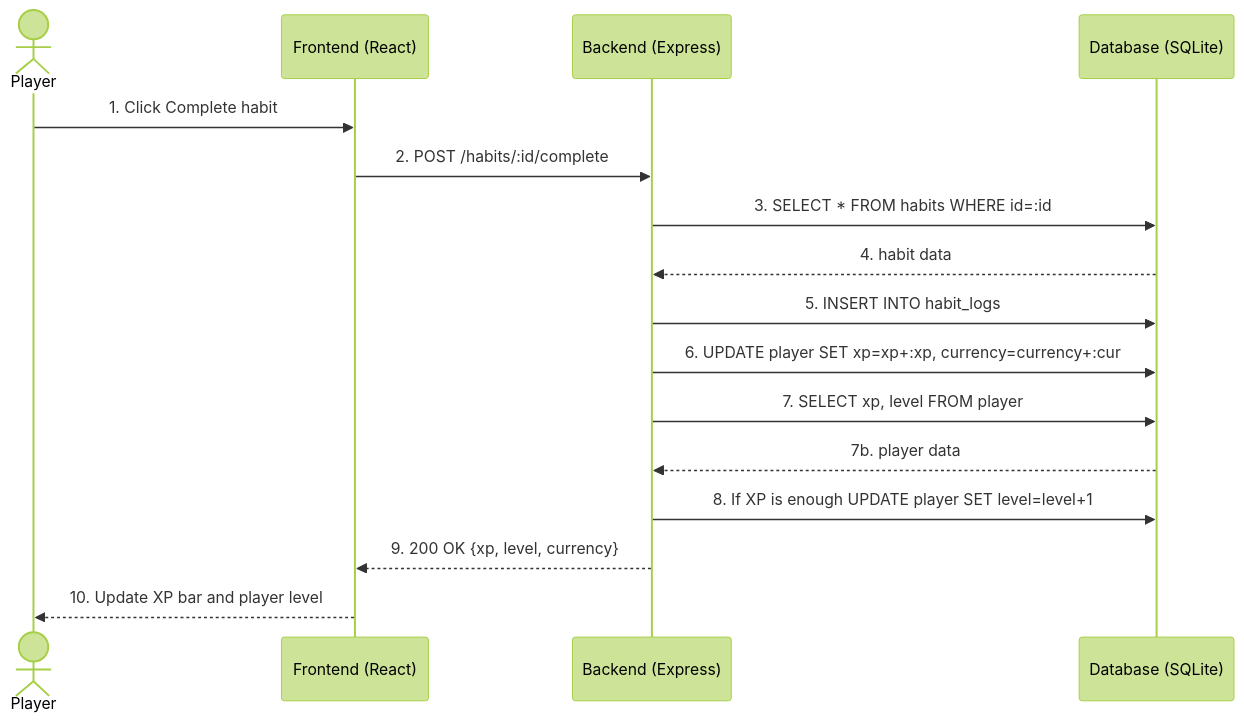
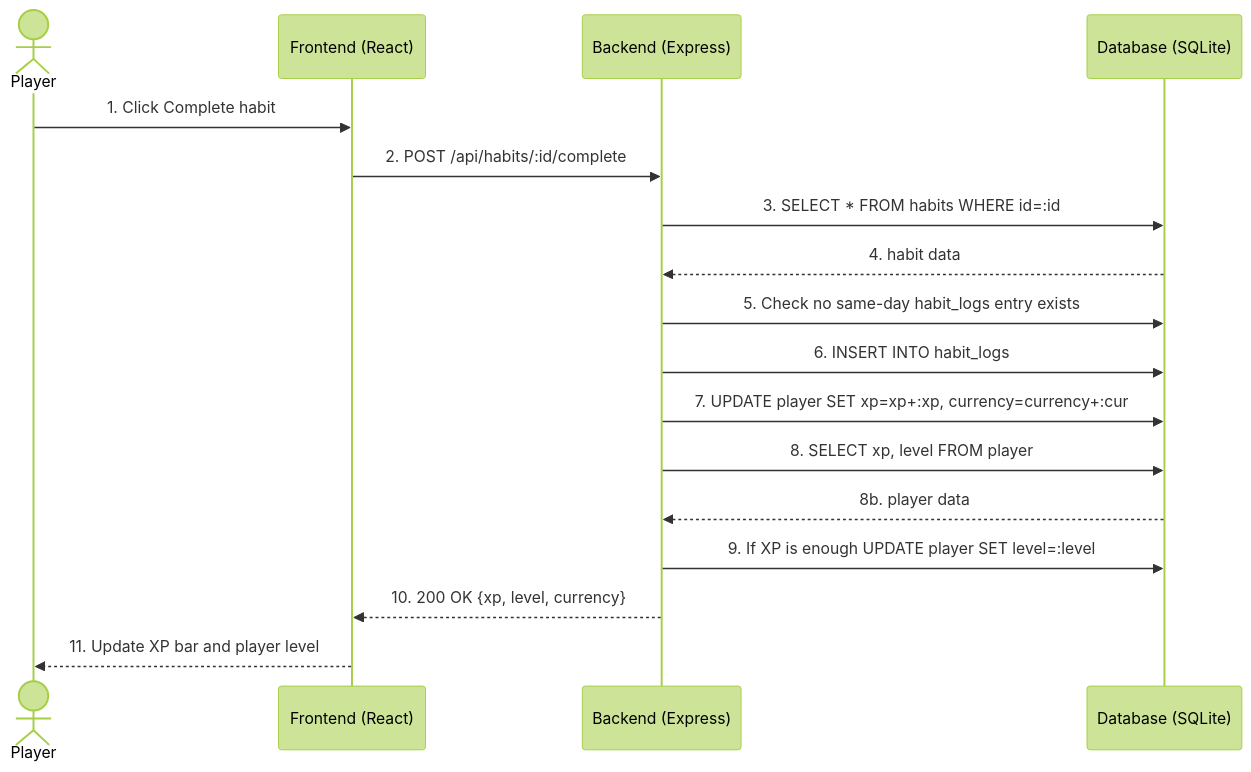
One commit to Promatheusz/habit-tracker changed the diagram in docs/diagrams/sequence-habit.md. Above: the diagram before and after it, drawn with Mermaid (forest theme). The commit also changed 47 other files, not shown here.

Commit message:
feat: complete habit tracker rpg app

````diff
--- a/docs/diagrams/sequence-habit.md
+++ b/docs/diagrams/sequence-habit.md
@@ -5,19 +5,20 @@
 ```mermaid
 sequenceDiagram
     actor Player
     participant Frontend as Frontend (React)
     participant Backend as Backend (Express)
     participant DB as Database (SQLite)
 
     Player->>Frontend: 1. Click Complete habit
-    Frontend->>Backend: 2. POST /habits/:id/complete
+    Frontend->>Backend: 2. POST /api/habits/:id/complete
     Backend->>DB: 3. SELECT * FROM habits WHERE id=:id
     DB-->>Backend: 4. habit data
-    Backend->>DB: 5. INSERT INTO habit_logs
-    Backend->>DB: 6. UPDATE player SET xp=xp+:xp, currency=currency+:cur
-    Backend->>DB: 7. SELECT xp, level FROM player
-    DB-->>Backend: 7b. player data
-    Backend->>DB: 8. If XP is enough UPDATE player SET level=level+1
-    Backend-->>Frontend: 9. 200 OK {xp, level, currency}
-    Frontend-->>Player: 10. Update XP bar and player level
+    Backend->>DB: 5. Check no same-day habit_logs entry exists
+    Backend->>DB: 6. INSERT INTO habit_logs
+    Backend->>DB: 7. UPDATE player SET xp=xp+:xp, currency=currency+:cur
+    Backend->>DB: 8. SELECT xp, level FROM player
+    DB-->>Backend: 8b. player data
+    Backend->>DB: 9. If XP is enough UPDATE player SET level=:level
+    Backend-->>Frontend: 10. 200 OK {xp, level, currency}
+    Frontend-->>Player: 11. Update XP bar and player level
 ```
````
